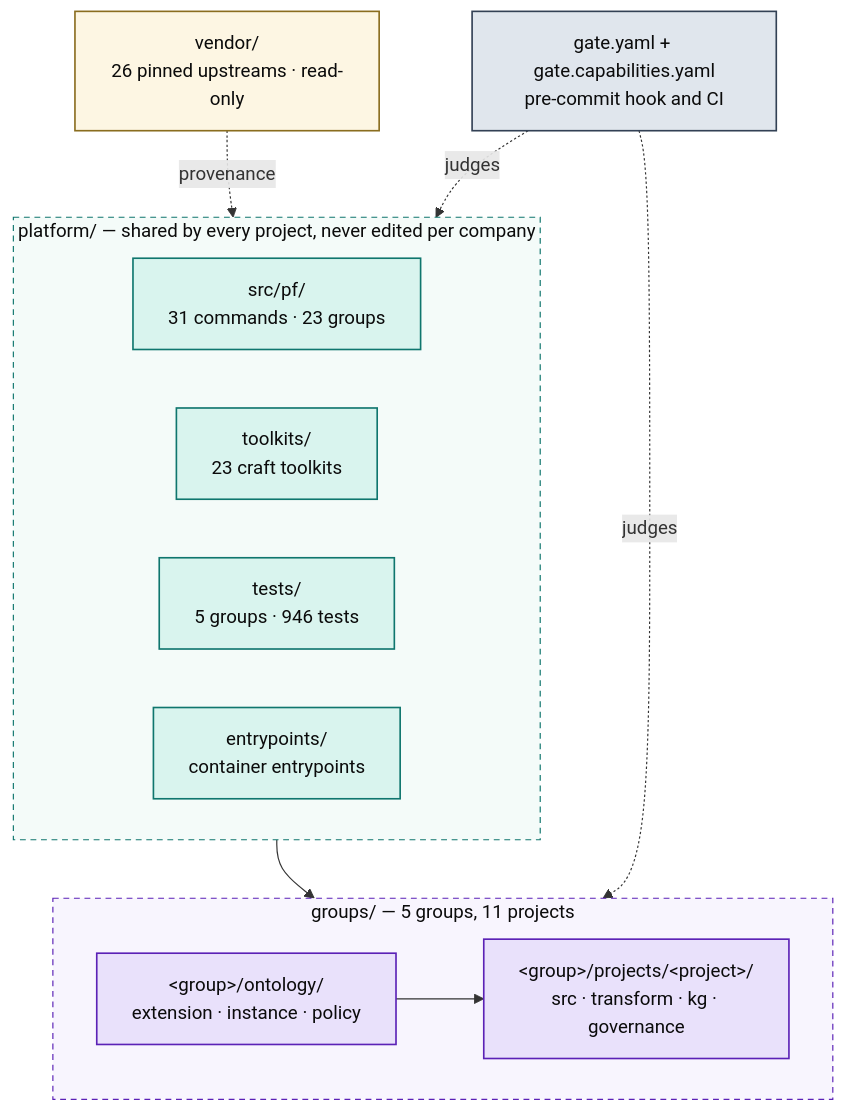
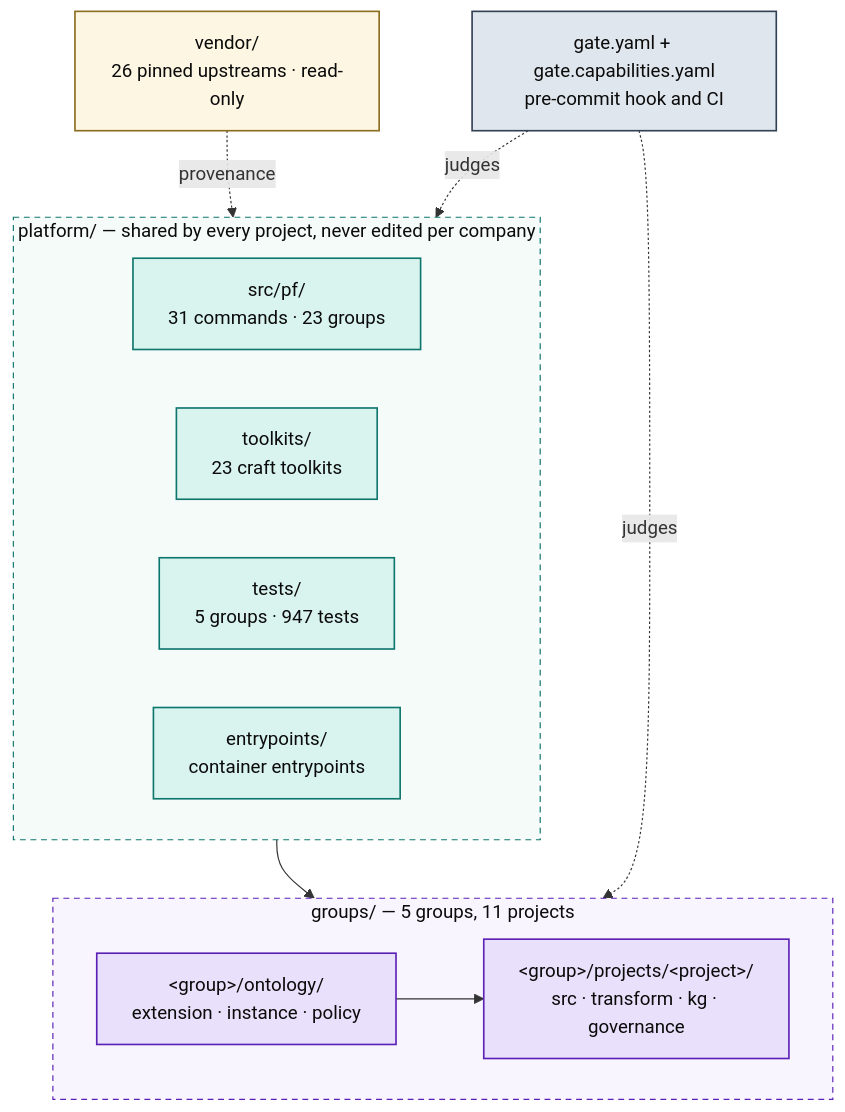
The first of 5 diagrams in docs/ARCHITECTURE.md (Atomz-org/data-platform), drawn with Mermaid before and after one commit. The commit also changed other lines of this file and 3 other files, not shown here.

````diff
--- a/docs/ARCHITECTURE.md
+++ b/docs/ARCHITECTURE.md
@@ -15,36 +15,36 @@
 ```mermaid
 flowchart TB
   subgraph SHARED["platform/ — shared by every project, never edited per company"]
     direction LR
     ENG["src/pf/<br/>31 commands · 23 groups"]
     TK["toolkits/<br/>23 craft toolkits"]
-    TST["tests/<br/>5 groups · 946 tests"]
+    TST["tests/<br/>5 groups · 947 tests"]
     ENT["entrypoints/<br/>container entrypoints"]
   end
 
   subgraph ENTITIES["groups/ — 5 groups, 11 projects"]
     direction LR
     GRP["&lt;group&gt;/ontology/<br/>extension · instance · policy"]
     PRJ["&lt;group&gt;/projects/&lt;project&gt;/<br/>src · transform · kg · governance"]
     GRP --> PRJ
   end
 
   VEN["vendor/<br/>26 pinned upstreams · read-only"]
   GATE["gate.yaml + gate.capabilities.yaml<br/>pre-commit hook and CI"]
 
   SHARED --> ENTITIES
   VEN -.provenance.-> SHARED
   GATE -.judges.-> ENTITIES
   GATE -.judges.-> SHARED
 
   classDef code fill:#d9f4ee,stroke:#0f766e,stroke-width:1.4px,color:#0b0b0b
   classDef data fill:#e9e1fb,stroke:#5b21b6,stroke-width:1.4px,color:#0b0b0b
   classDef gov fill:#e0e6ed,stroke:#334155,stroke-width:1.4px,color:#0b0b0b
   classDef ext fill:#fdf6e3,stroke:#8a6d1f,stroke-width:1.4px,color:#0b0b0b
   class ENG,TK,TST,ENT code
   class GRP,PRJ data
   class GATE gov
   class VEN ext
   style SHARED fill:#f4fbf9,stroke:#0f766e,stroke-dasharray:5 4,color:#0b0b0b
   style ENTITIES fill:#f8f5fe,stroke:#5b21b6,stroke-dasharray:5 4,color:#0b0b0b
 ```
````
